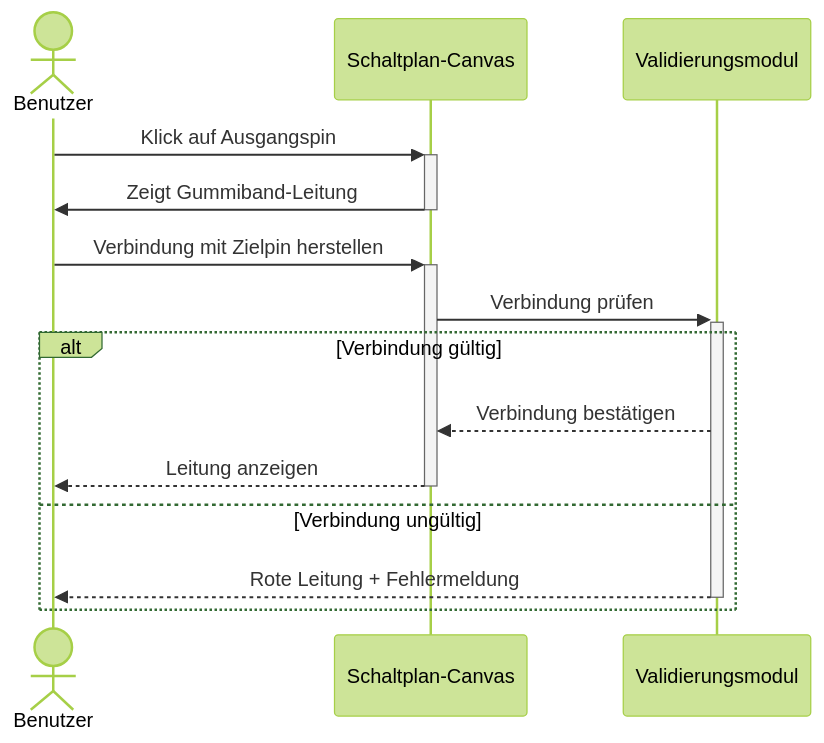
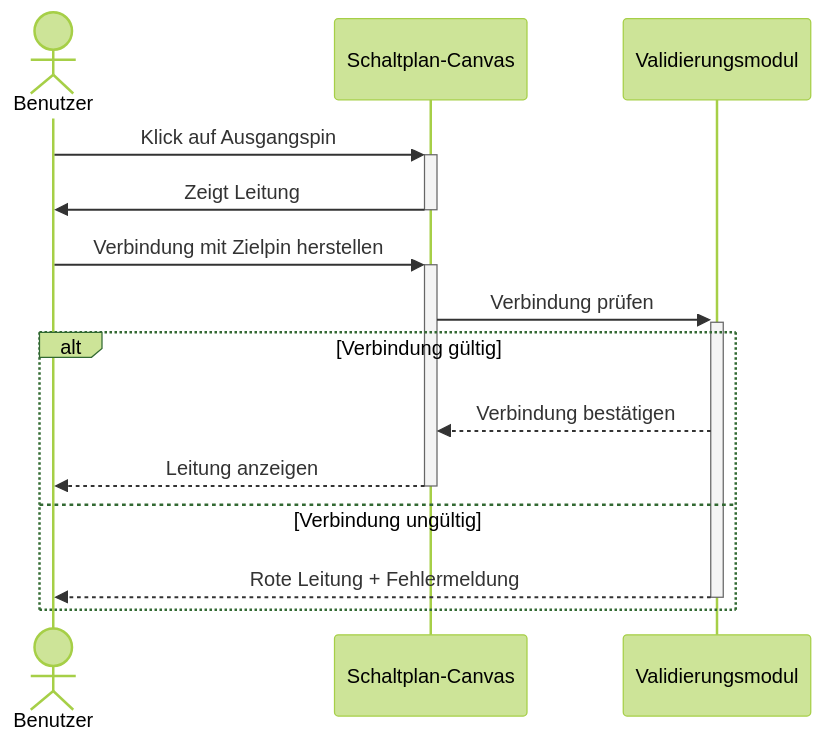
Before and after one commit to SimonJ2222/BitFlow: diagram 22 of 41 in docs/use_cases/software_requirements_specification.md, drawn with Mermaid (forest theme). The commit also changed other lines of this file, not shown here.

````diff
--- a/docs/use_cases/software_requirements_specification.md
+++ b/docs/use_cases/software_requirements_specification.md
@@ -751,17 +751,17 @@
 ```mermaid
 sequenceDiagram
     actor Benutzer
     participant Canvas as Schaltplan-Canvas
     participant System as Validierungsmodul
 
     Benutzer ->>+ Canvas: Klick auf Ausgangspin
-    Canvas ->>- Benutzer: Zeigt Gummiband-Leitung
+    Canvas ->>- Benutzer: Zeigt Leitung
     Benutzer ->>+ Canvas: Verbindung mit Zielpin herstellen
     Canvas ->>+ System: Verbindung prüfen
     alt Verbindung gültig
         System -->> Canvas: Verbindung bestätigen
         Canvas -->>- Benutzer: Leitung anzeigen
     else Verbindung ungültig
         System -->>- Benutzer: Rote Leitung + Fehlermeldung
     end
 ```
````
